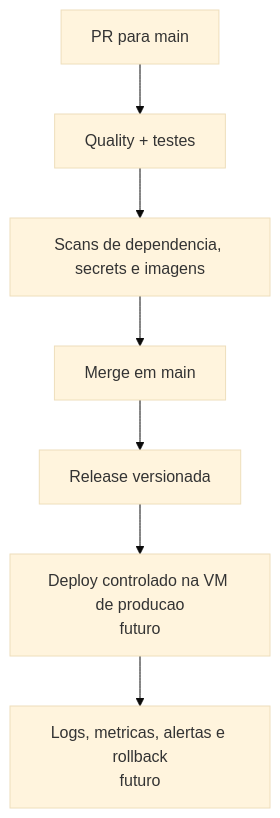
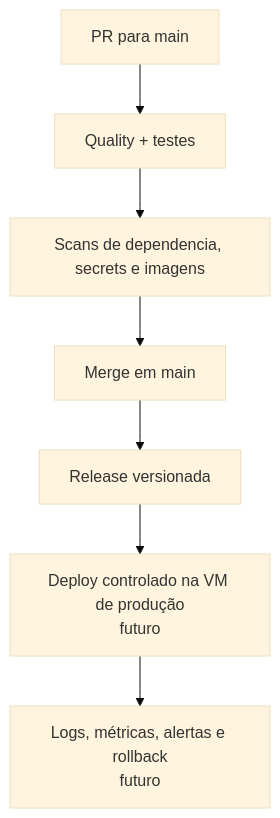
Before and after one commit to ifpebj-ti/inventario-patrimonio-cces: the third of 3 diagrams in docs/wiki/Esteira-de-CI-CD.md, drawn with Mermaid (base theme). The commit also changed other lines of this file and 22 other files, not shown here.

````diff
--- a/docs/wiki/Esteira-de-CI-CD.md
+++ b/docs/wiki/Esteira-de-CI-CD.md
@@ -74,12 +74,12 @@
 ```mermaid
 flowchart TD
     pr["PR para main"]
     quality["Quality + testes"]
     scans["Scans de dependencia, secrets e imagens"]
     merge["Merge em main"]
     release["Release versionada"]
-    deployProd["Deploy controlado na VM de producao<br/>futuro"]
-    monitor["Logs, metricas, alertas e rollback<br/>futuro"]
+    deployProd["Deploy controlado na VM de produção<br/>futuro"]
+    monitor["Logs, métricas, alertas e rollback<br/>futuro"]
 
     pr --> quality --> scans --> merge --> release --> deployProd --> monitor
 ```
````
